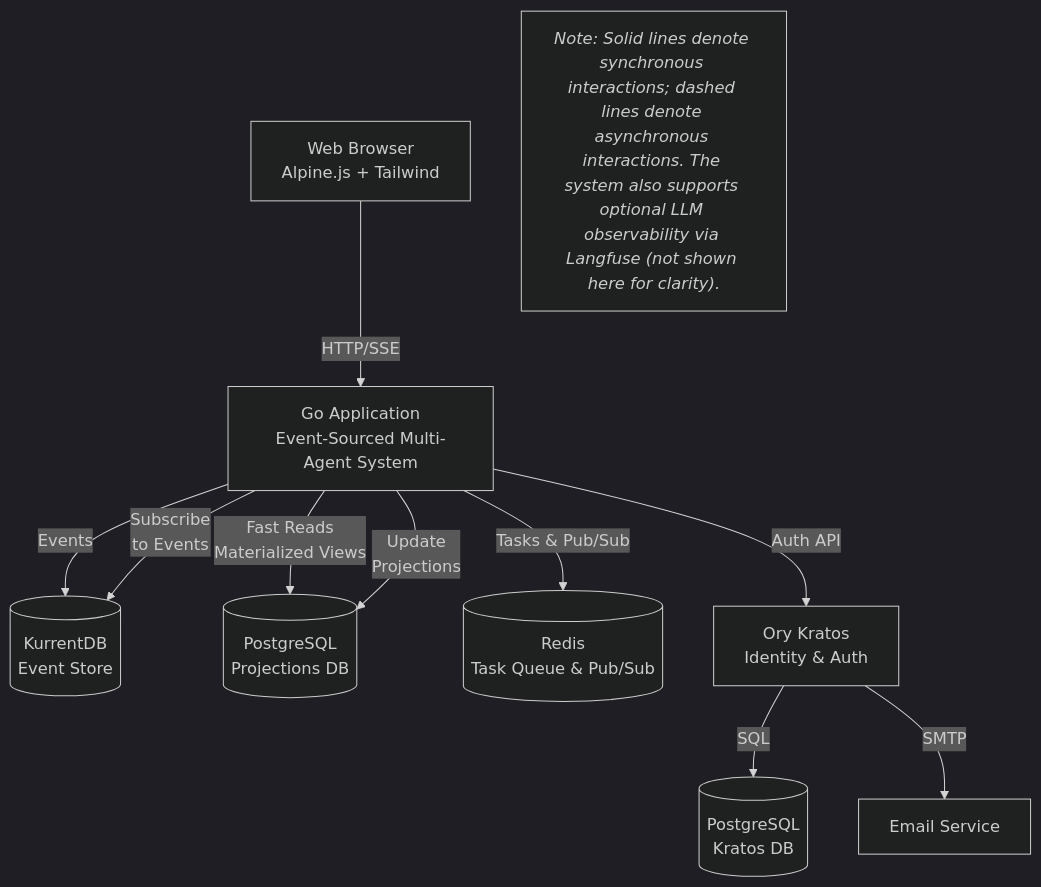
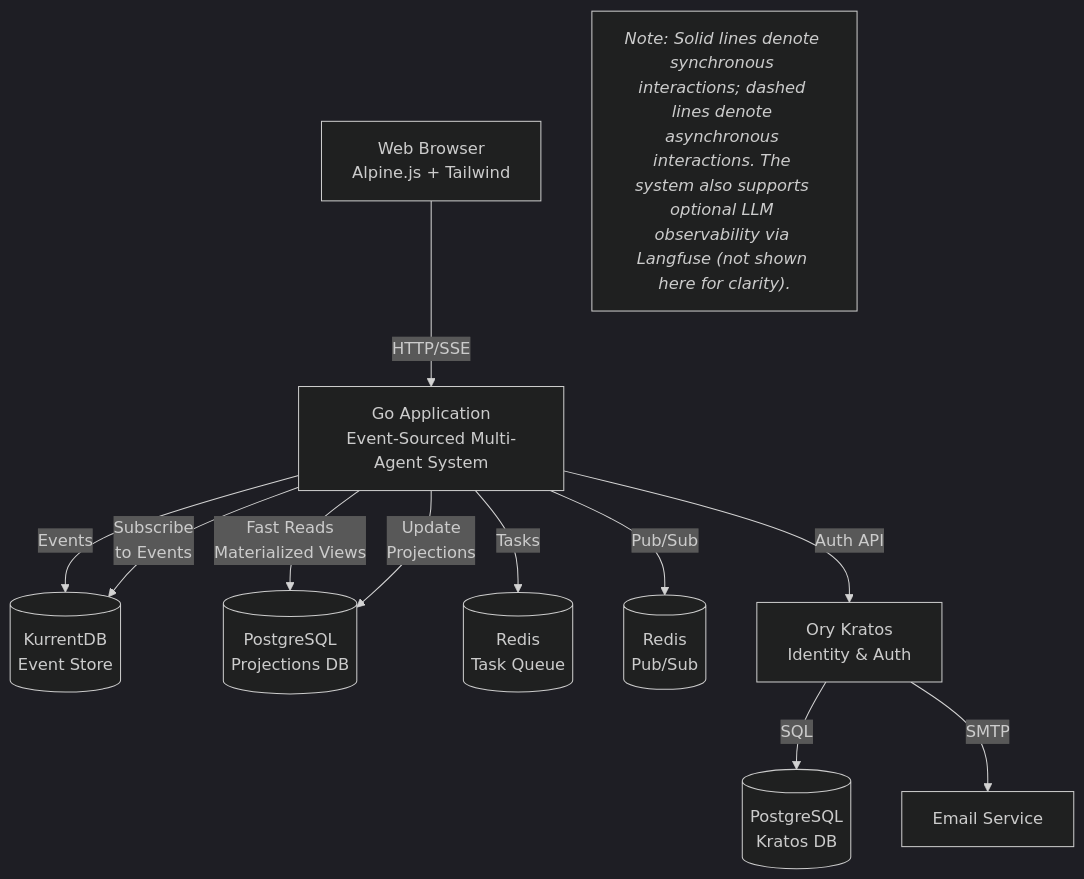
One commit to MKAPersonalOrganization/AgenticWorkflowPlatform changed the first of 2 diagrams in README.md. Above: the diagram before and after it, drawn with Mermaid (dark theme). The commit also changed other lines of this file and 1 other file, not shown here.

Commit message:
docs: Clarify Redis task queue and pub/sub components in architecture diagrams and correct SQL migration version numbers.

````diff
--- a/README.md
+++ b/README.md
@@ -13,27 +13,29 @@
 ```mermaid
 graph TB
     Browser[Web Browser<br/>Alpine.js + Tailwind]
 
     GoApp[Go Application<br/>Event-Sourced Multi-Agent System]
 
     KurrentDB[(KurrentDB<br/>Event Store)]
     AppPostgres[(PostgreSQL<br/>Projections DB)]
-    Redis[(Redis<br/>Task Queue & Pub/Sub)]
+    RedisTQ[(Redis<br/>Task Queue)]
+    RedisPS[(Redis<br/>Pub/Sub)]
     Kratos[Ory Kratos<br/>Identity & Auth]
     Postgres[(PostgreSQL<br/>Kratos DB)]
 
     EmailService[Email Service]
 
     Browser -->|HTTP/SSE| GoApp
     GoApp -->|Events| KurrentDB
     GoApp -->|Subscribe<br/>to Events| KurrentDB
     GoApp -->|Fast Reads<br/>Materialized Views| AppPostgres
     GoApp -->|Update<br/>Projections| AppPostgres
-    GoApp -->|Tasks & Pub/Sub| Redis
+    GoApp -->|Tasks| RedisTQ
+    GoApp -->|Pub/Sub| RedisPS
     GoApp -->|Auth API| Kratos
 
     Kratos -->|SQL| Postgres
     Kratos -->|SMTP| EmailService
 
     note["<i>Note: Solid lines denote synchronous interactions; dashed lines denote asynchronous interactions. The system also supports optional LLM observability via Langfuse (not shown here for clarity).</i>"]
 ```
````
